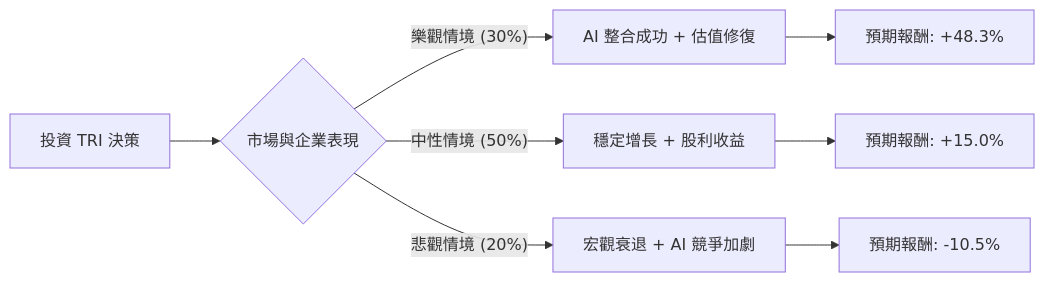
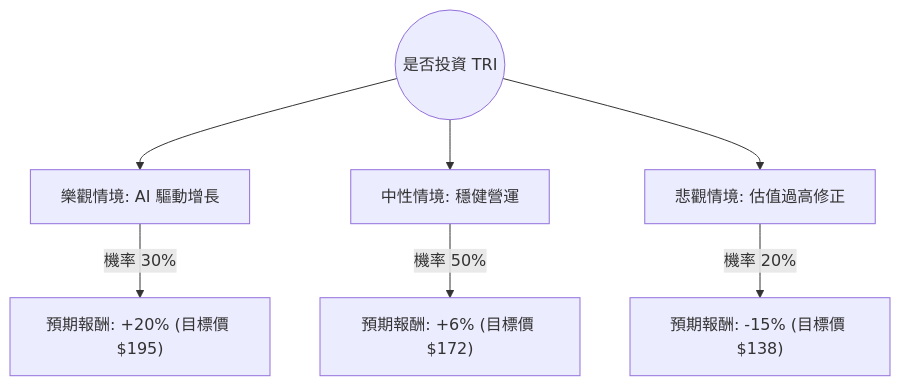
Before and after one commit to zmcx16/zmcx16.github.io: the diagram in plugin-react/ai-analysis/ev-analysis/TRI.md, drawn with Mermaid. The commit also changed other lines of this file and 77 other files, not shown here.

````diff
--- a/plugin-react/ai-analysis/ev-analysis/TRI.md
+++ b/plugin-react/ai-analysis/ev-analysis/TRI.md
@@ -18,12 +20,10 @@
 ```mermaid
-graph LR
-    A[投資 TRI 決策] --> B{市場與企業表現}
-    
-    B -- 樂觀情境 (30%) --> C[AI 整合成功 + 估值修復]
-    B -- 中性情境 (50%) --> D[穩定增長 + 股利收益]
-    B -- 悲觀情境 (20%) --> E[宏觀衰退 + AI 競爭加劇]
+graph TD
+    Start((是否投資 TRI)) --> Bull[樂觀情境: AI 驅動增長]
+    Start --> Base[中性情境: 穩健營運]
+    Start --> Bear[悲觀情境: 估值過高修正]
 
-    C --> C1[預期報酬: +48.3%]
-    D --> D1[預期報酬: +15.0%]
-    E --> E1[預期報酬: -10.5%]
+    Bull -- "機率 30%" --> BullVal["預期報酬: +20% (目標價 $195)"]
+    Base -- "機率 50%" --> BaseVal["預期報酬: +6% (目標價 $172)"]
+    Bear -- "機率 20%" --> BearVal["預期報酬: -15% (目標價 $138)"]
 ```
````
